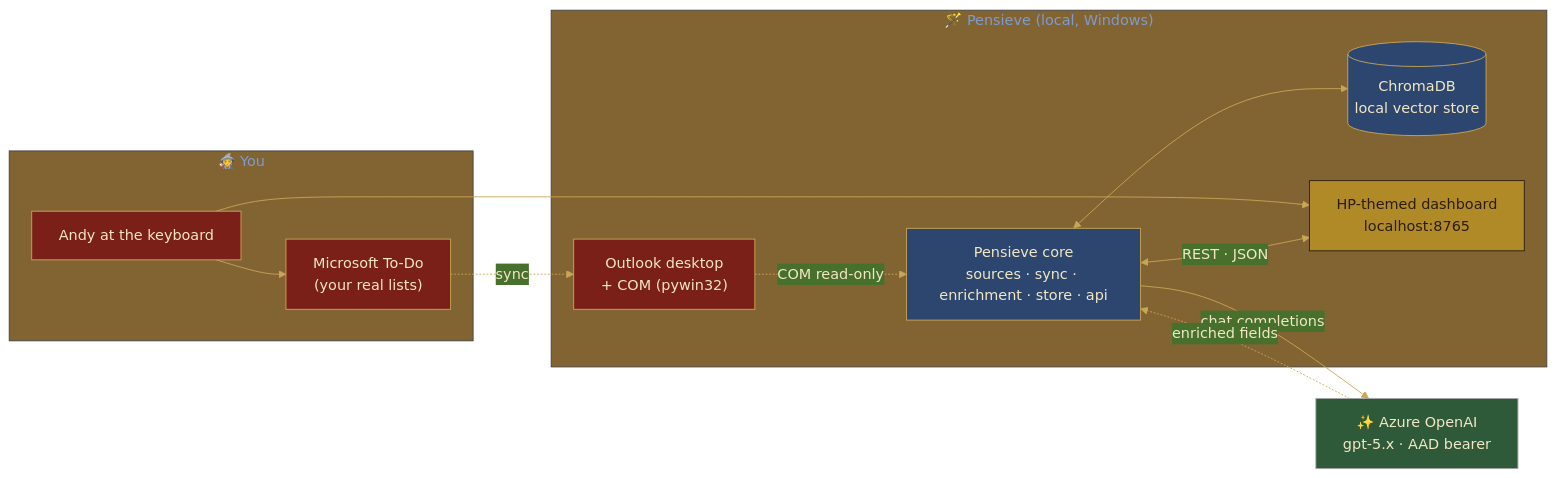
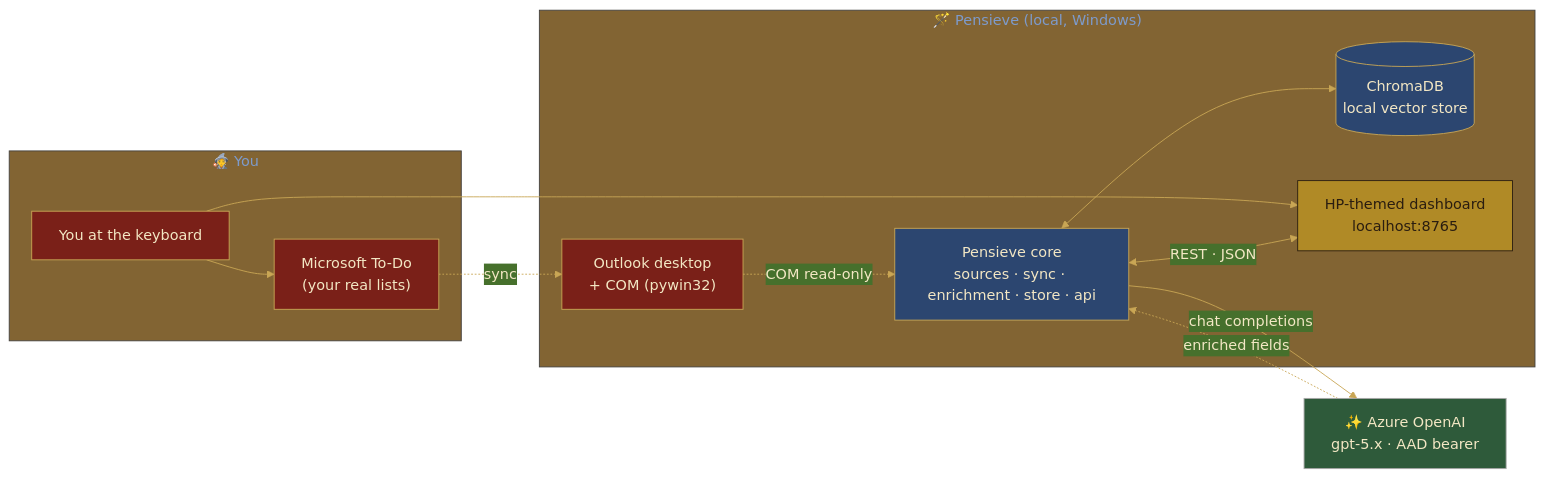
The first of 3 diagrams in README.md (andy-herman/pensieve), drawn with Mermaid before and after one commit. The commit also changed other lines of this file and 5 other files, not shown here.

````diff
--- a/README.md
+++ b/README.md
@@ -147,33 +147,33 @@
 ```mermaid
 %%{init: {'theme':'base','themeVariables':{'primaryColor':'#2c4670','primaryTextColor':'#f3e7c4','primaryBorderColor':'#c9a655','lineColor':'#c9a655','fontFamily':'Cinzel, Georgia, serif'}}}%%
 flowchart LR
     subgraph YOU["🧙 You"]
-        ANDY["Andy at the keyboard"]
+        ANDY["You at the keyboard"]
         TODO["Microsoft To-Do<br/>(your real lists)"]
     end
     subgraph PENS["🪄 Pensieve (local, Windows)"]
         OUTLOOK["Outlook desktop<br/>+ COM (pywin32)"]
         CORE["Pensieve core<br/>sources · sync · enrichment · store · api"]
         CHROMA[("ChromaDB<br/>local vector store")]
         DASH["HP-themed dashboard<br/>localhost:8765"]
     end
     AOAI["✨ Azure OpenAI<br/>gpt-5.x · AAD bearer"]
 
     ANDY --> TODO
     ANDY --> DASH
     TODO -.->|"sync"| OUTLOOK
     OUTLOOK -.->|"COM read-only"| CORE
     CORE <--> CHROMA
     CORE <-->|"REST · JSON"| DASH
     CORE -->|"chat completions"| AOAI
     AOAI -.->|"enriched fields"| CORE
 
     classDef gryffindor fill:#7a2018,stroke:#c9a655,color:#f3e7c4
     classDef hufflepuff fill:#b08a26,stroke:#2a1d10,color:#2a1d10
     classDef slytherin  fill:#2e5a3a,stroke:#a8a8a8,color:#f3e7c4
     classDef ravenclaw  fill:#2c4670,stroke:#c9a655,color:#f3e7c4
     class TODO,ANDY,OUTLOOK gryffindor
     class CORE,CHROMA ravenclaw
     class DASH hufflepuff
     class AOAI slytherin
 ```
````
